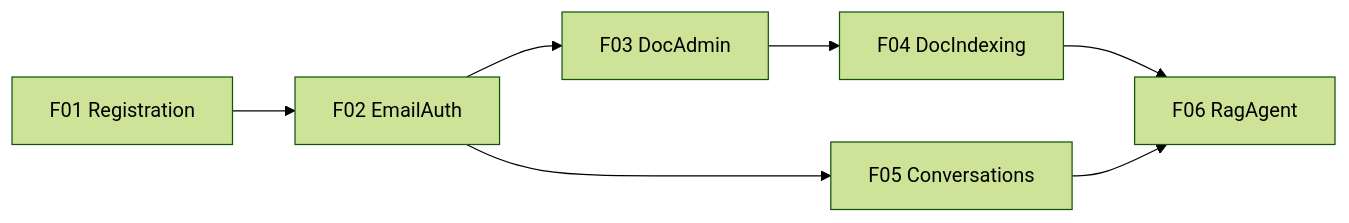
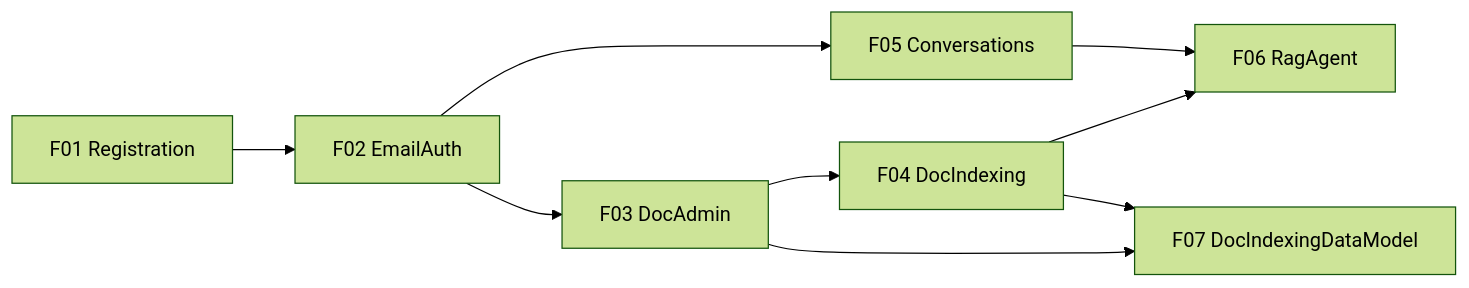
Before and after one commit to zmisi/rag-as-service: the diagram in docs/specs/phase1/01-feature-list.md, drawn with Mermaid (forest theme). The commit also changed other lines of this file and 48 other files, not shown here.

````diff
--- a/docs/specs/phase1/01-feature-list.md
+++ b/docs/specs/phase1/01-feature-list.md
@@ -15,9 +16,11 @@
 ```mermaid
 flowchart LR
   F01[F01 Registration] --> F02[F02 EmailAuth]
   F02 --> F03[F03 DocAdmin]
   F03 --> F04[F04 DocIndexing]
   F02 --> F05[F05 Conversations]
   F04 --> F06[F06 RagAgent]
   F05 --> F06
+  F03 --> F07[F07 DocIndexingDataModel]
+  F04 --> F07
 ```
````
